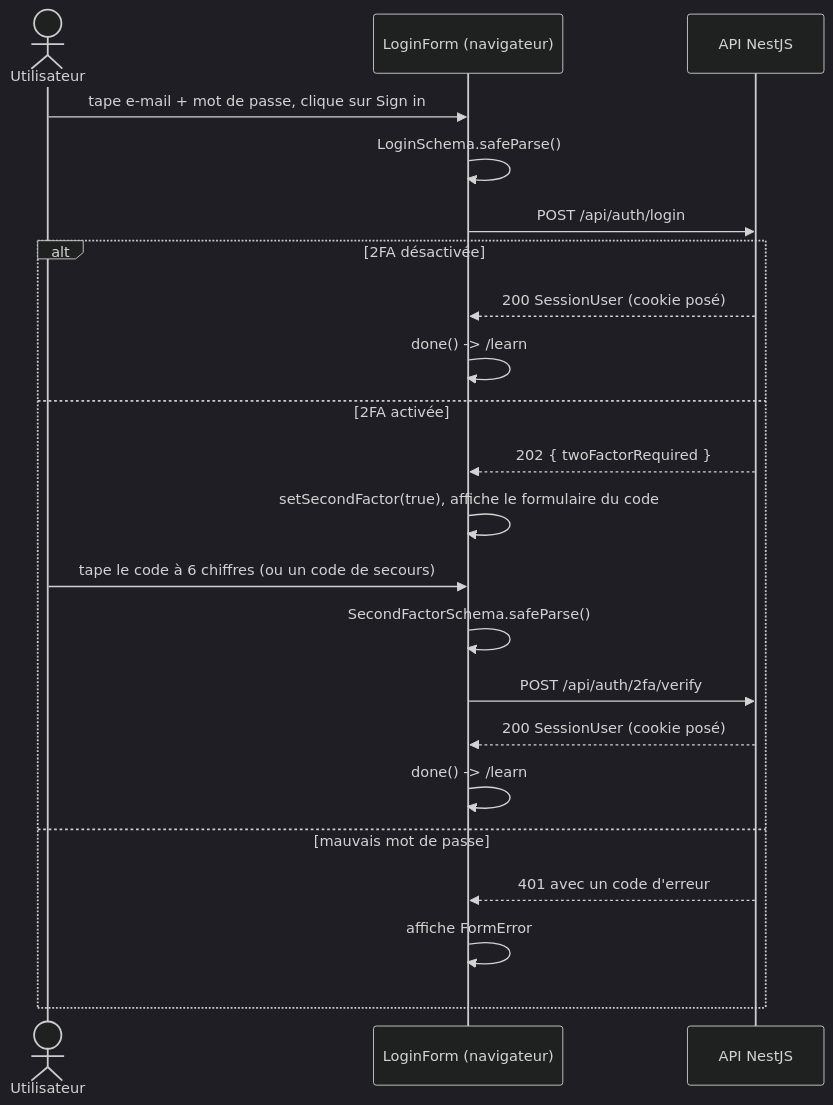
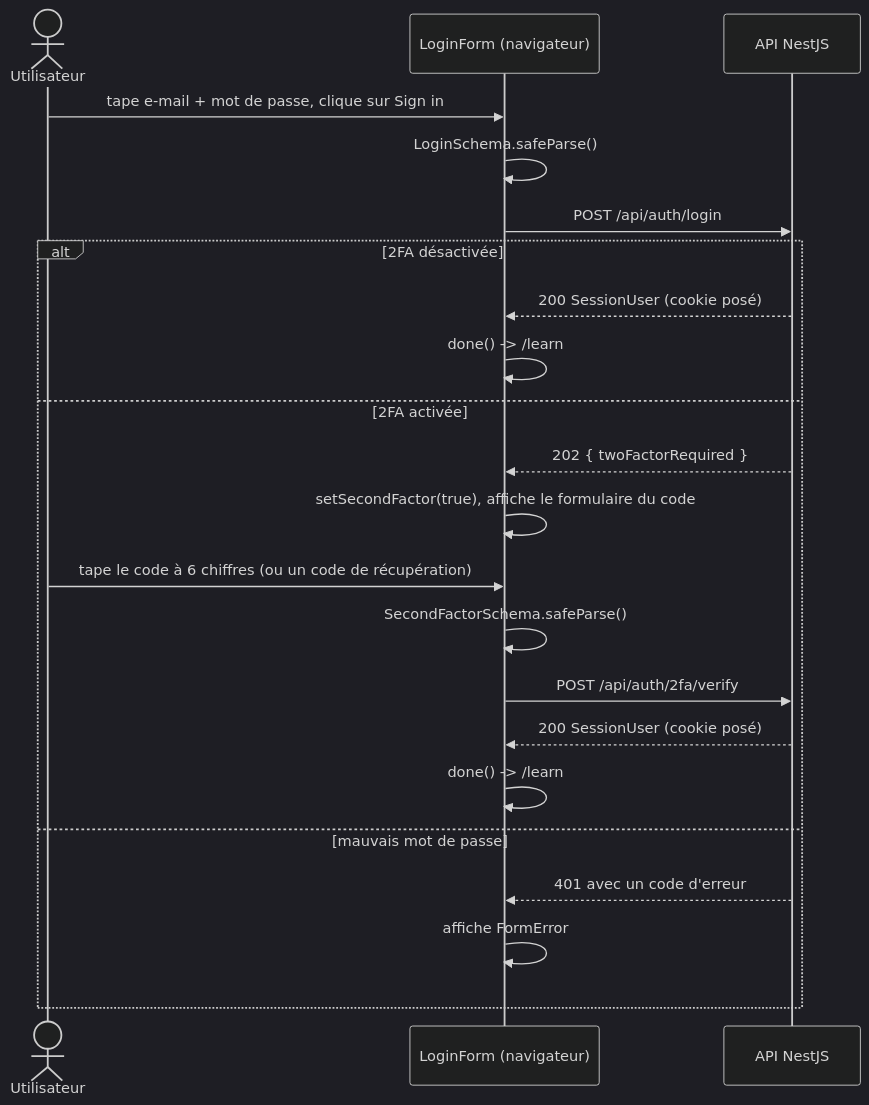
One commit to VictorBro/ft_transcendence changed the second of 5 diagrams in docs-fr/web/05-account-pages.md. Above: the diagram before and after it, drawn with Mermaid (dark theme). The commit also changed other lines of this file and 86 other files, not shown here.

````diff
--- a/docs-fr/web/05-account-pages.md
+++ b/docs-fr/web/05-account-pages.md
@@ -311,24 +311,24 @@
 ```mermaid
 sequenceDiagram
   actor U as Utilisateur
   participant F as LoginForm (navigateur)
   participant API as API NestJS
   U->>F: tape e-mail + mot de passe, clique sur Sign in
   F->>F: LoginSchema.safeParse()
   F->>API: POST /api/auth/login
   alt 2FA désactivée
     API-->>F: 200 SessionUser (cookie posé)
     F->>F: done() -> /learn
   else 2FA activée
     API-->>F: 202 { twoFactorRequired }
     F->>F: setSecondFactor(true), affiche le formulaire du code
-    U->>F: tape le code à 6 chiffres (ou un code de secours)
+    U->>F: tape le code à 6 chiffres (ou un code de récupération)
     F->>F: SecondFactorSchema.safeParse()
     F->>API: POST /api/auth/2fa/verify
     API-->>F: 200 SessionUser (cookie posé)
     F->>F: done() -> /learn
   else mauvais mot de passe
     API-->>F: 401 avec un code d'erreur
     F->>F: affiche FormError
   end
 ```
````
